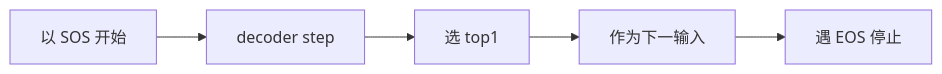
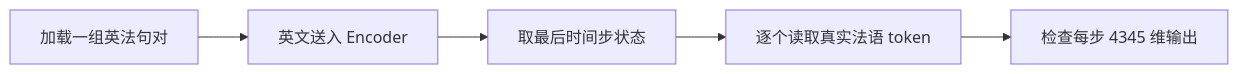
One commit to luyunix/nlp_study changed the first of 2 diagrams in notes/seq2seq-translation/13-test-plain-decoder.md. Above: the diagram before and after it, drawn with Mermaid. The commit also changed other lines of this file and 66 other files, not shown here.

````diff
--- a/notes/seq2seq-translation/13-test-plain-decoder.md
+++ b/notes/seq2seq-translation/13-test-plain-decoder.md
@@ -17,12 +17,12 @@
 ```mermaid
 flowchart LR
-    N0["以 SOS 开始"]
-    N1["decoder step"]
-    N2["选 top1"]
-    N3["作为下一输入"]
-    N4["遇 EOS 停止"]
+    N0["加载一组英法句对"]
+    N1["英文送入 Encoder"]
+    N2["取最后时间步状态"]
+    N3["逐个读取真实法语 token"]
+    N4["检查每步 4345 维输出"]
     N0 --> N1
     N1 --> N2
     N2 --> N3
     N3 --> N4
 ```
````
